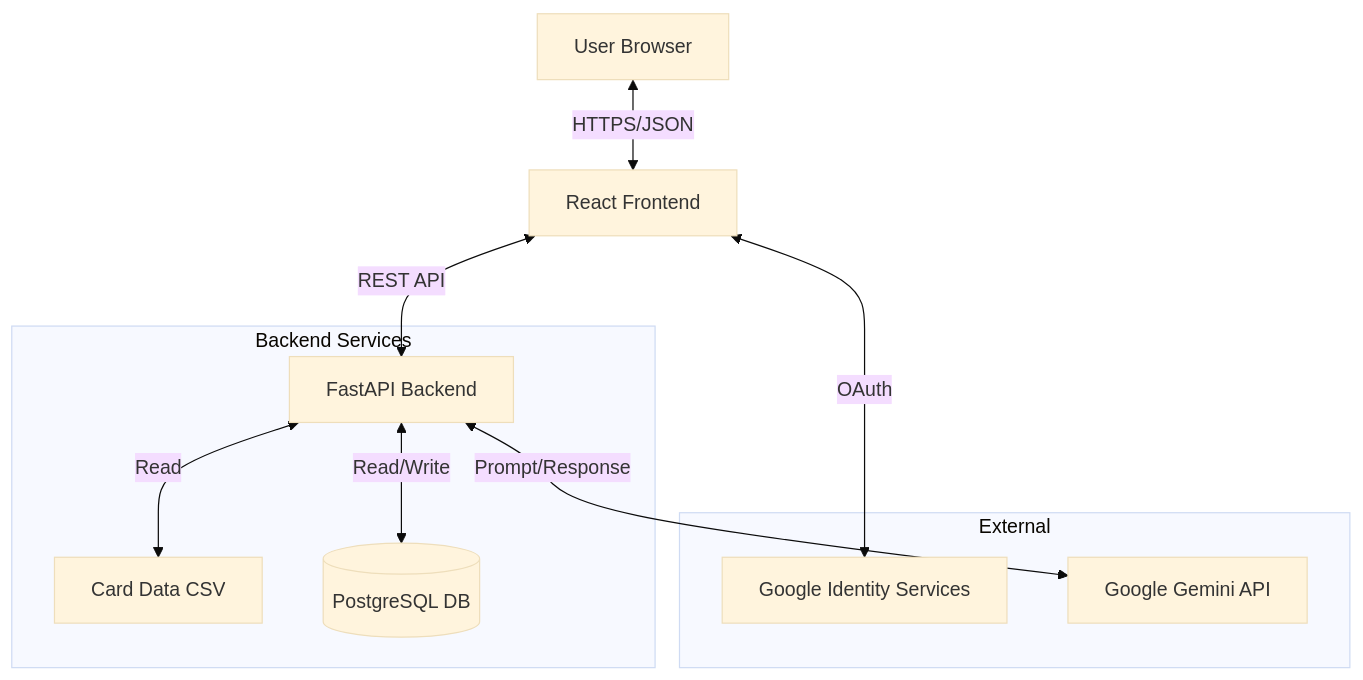
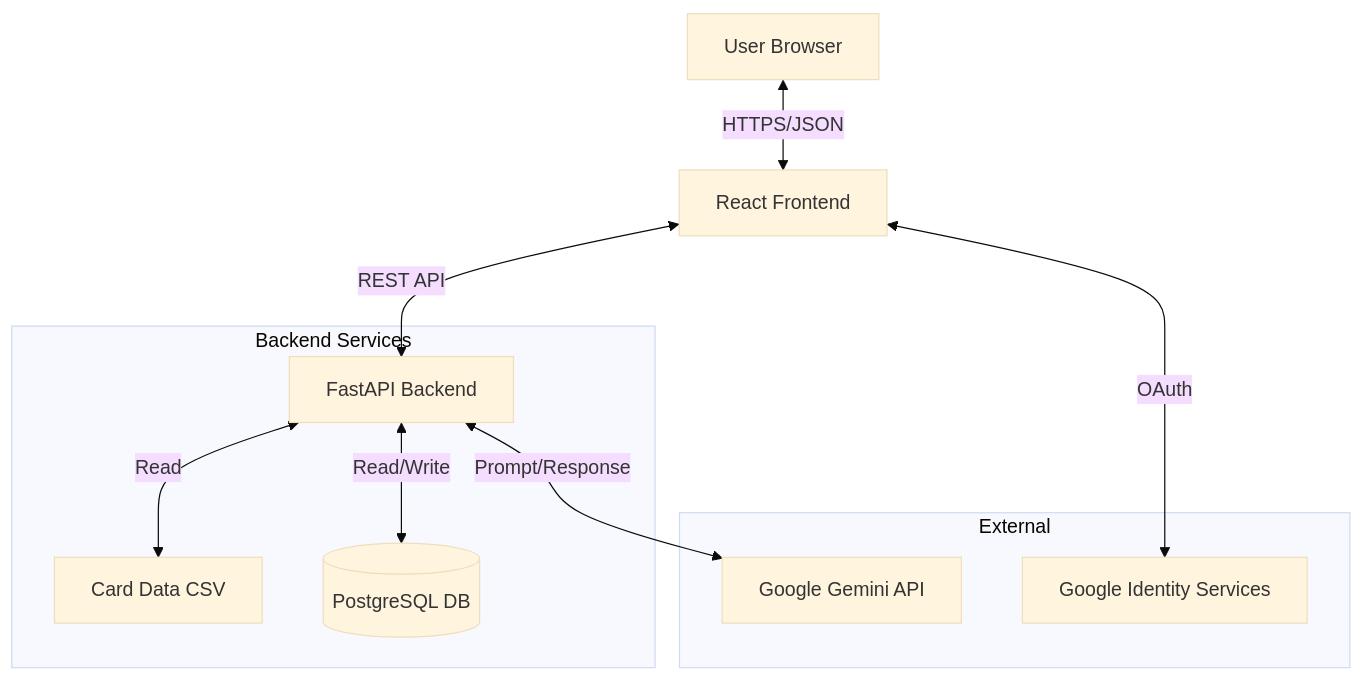
One commit to RegisCA/ggltcg changed the diagram in README.md. Above: the diagram before and after it, drawn with Mermaid (base theme). The commit also changed other lines of this file, not shown here.

````diff
--- a/README.md
+++ b/README.md
@@ -91,20 +91,20 @@
 ```mermaid
 graph TD
     User[User Browser] <-->|HTTPS/JSON| Frontend[React Frontend]
     Frontend <-->|REST API| Backend[FastAPI Backend]
-    Frontend <-->|OAuth| Google[Google Identity Services]
     Backend <-->|Read| CSV[Card Data CSV]
     Backend <-->|Prompt/Response| LLM[Google Gemini API]
     Backend <-->|Read/Write| DB[(PostgreSQL DB)]
+    Frontend <-->|OAuth| Google[Google Identity Services]
     
     subgraph "Backend Services"
         Backend
         CSV
         DB
     end
     
     subgraph "External"
         LLM
         Google
     end
 ```
````
